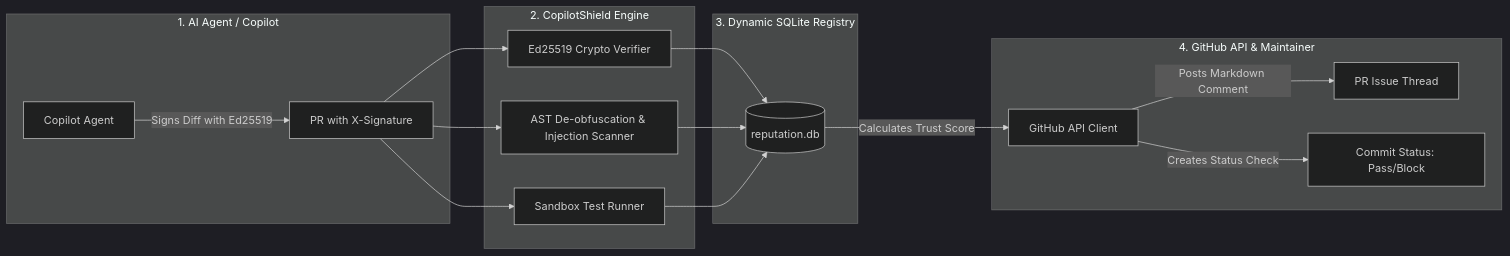
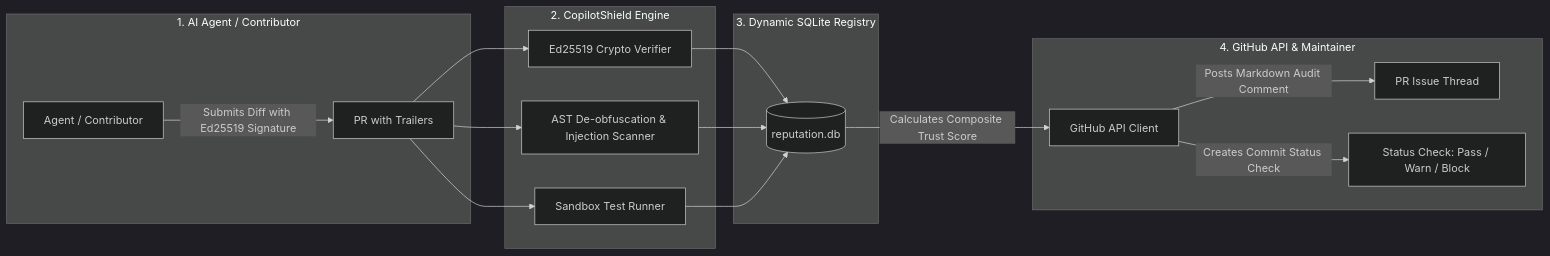
Before and after one commit to HackToBerFest-VVCE/t2c2-crystal-meth-od: the diagram in README.md, drawn with Mermaid (dark theme). The commit also changed other lines of this file and 5 other files, not shown here.

Commit message:
docs: add MIT license, comprehensive GitHub Copilot engineering narrative, and clean assets for Challenge B

````diff
--- a/README.md
+++ b/README.md
@@ -38,24 +67,24 @@
 ```mermaid
 flowchart LR
-    subgraph Agent["1. AI Agent / Copilot"]
-        A[Copilot Agent] -->|Signs Diff with Ed25519| B[PR with X-Signature]
+    subgraph Agent["1. AI Agent / Contributor"]
+        A[Agent / Contributor] -->|Submits Diff with Ed25519 Signature| B[PR with Trailers]
     end
 
     subgraph Security["2. CopilotShield Engine"]
         B --> C[Ed25519 Crypto Verifier]
         B --> D[AST De-obfuscation & Injection Scanner]
         B --> E[Sandbox Test Runner]
     end
 
     subgraph Storage["3. Dynamic SQLite Registry"]
         C --> F[(reputation.db)]
         D --> F
         E --> F
     end
 
     subgraph GitHub["4. GitHub API & Maintainer"]
-        F -->|Calculates Trust Score| G[GitHub API Client]
-        G -->|Posts Markdown Comment| H[PR Issue Thread]
-        G -->|Creates Status Check| I[Commit Status: Pass/Block]
+        F -->|Calculates Composite Trust Score| G[GitHub API Client]
+        G -->|Posts Markdown Audit Comment| H[PR Issue Thread]
+        G -->|Creates Commit Status Check| I[Status Check: Pass / Warn / Block]
     end
 ```
````
